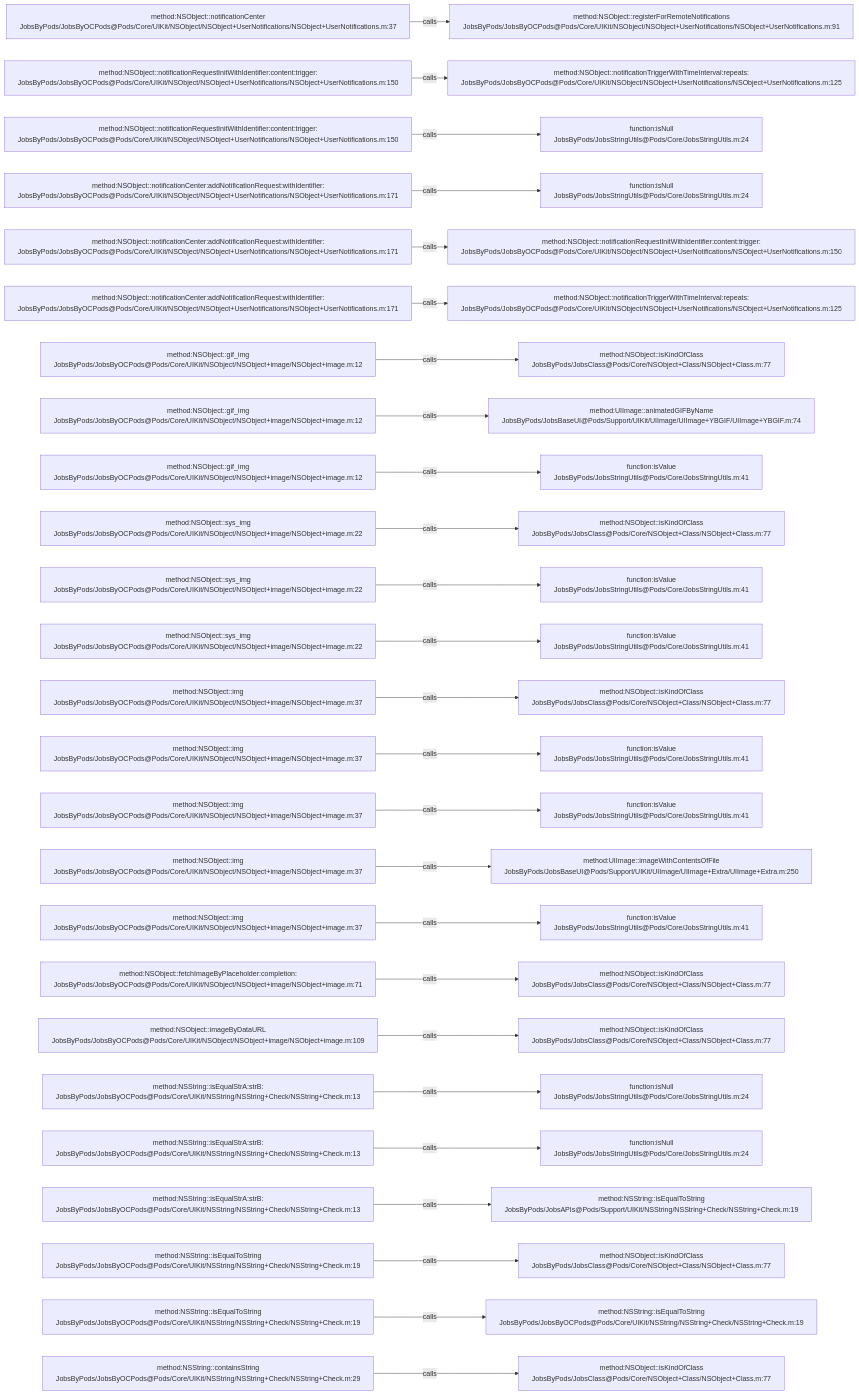
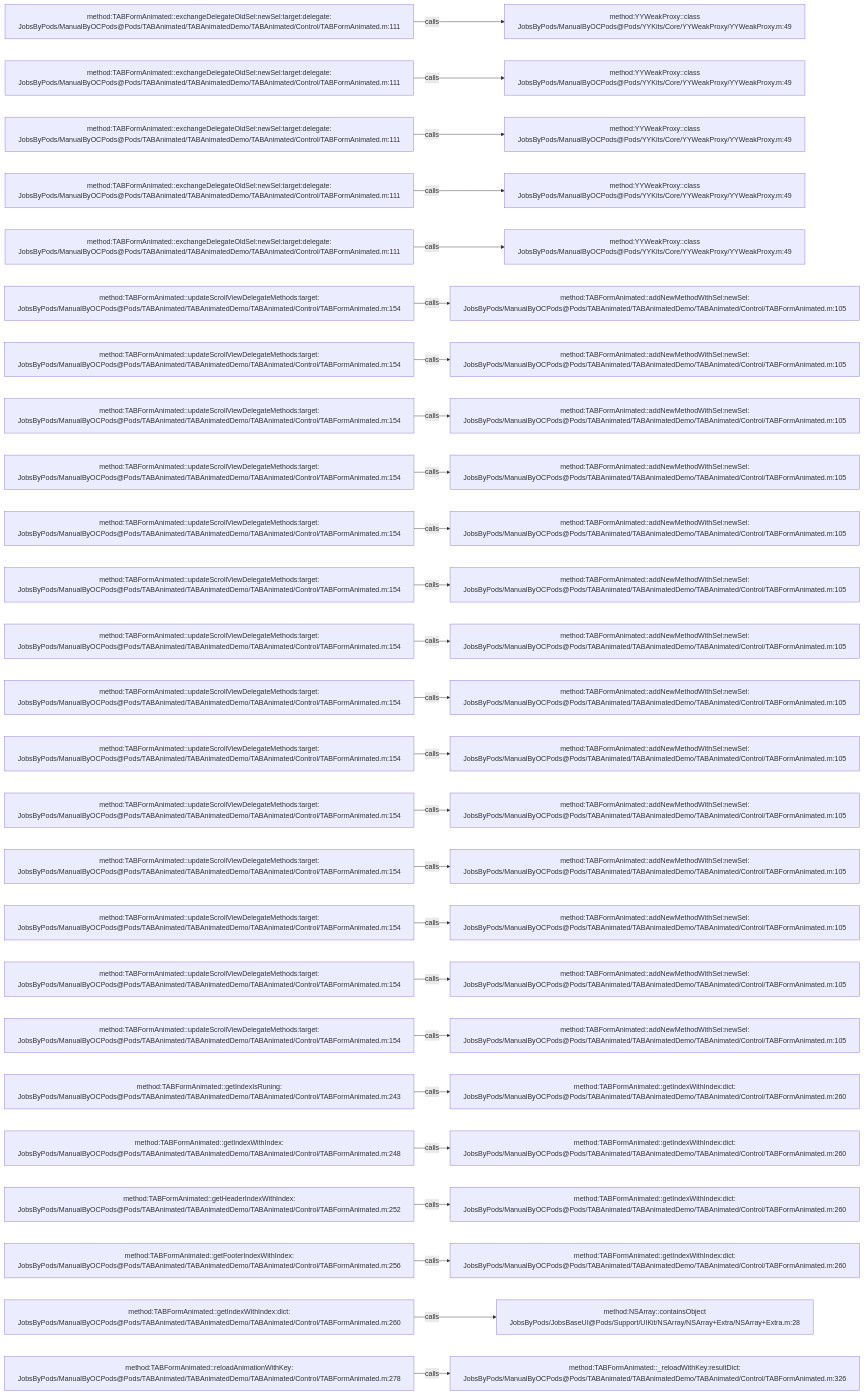
One commit to JobsKits/JobsOCBaseConfigDemo changed the diagram in .codegraph/codegraph.md/graphs/calls-032.md. Above: the diagram before and after it, drawn with Mermaid. The commit also changed 2162 other files, not shown here.

````diff
--- a/.codegraph/codegraph.md/graphs/calls-032.md
+++ b/.codegraph/codegraph.md/graphs/calls-032.md
@@ -13,78 +13,78 @@
 ```mermaid
 flowchart LR
-  S1["method:NSObject::notificationCenter<br/>JobsByPods/JobsByOCPods@Pods/Core/UIKit/NSObject/NSObject+UserNotifications/NSObject+UserNotifications.m:37"]
-  T1["method:NSObject::registerForRemoteNotifications<br/>JobsByPods/JobsByOCPods@Pods/Core/UIKit/NSObject/NSObject+UserNotifications/NSObject+UserNotifications.m:91"]
+  S1["method:TABFormAnimated::exchangeDelegateOldSel:newSel:target:delegate:<br/>JobsByPods/ManualByOCPods@Pods/TABAnimated/TABAnimatedDemo/TABAnimated/Control/TABFormAnimated.m:111"]
+  T1["method:YYWeakProxy::class<br/>JobsByPods/ManualByOCPods@Pods/YYKits/Core/YYWeakProxy/YYWeakProxy.m:49"]
   S1 -->|calls| T1
-  S2["method:NSObject::notificationRequestInitWithIdentifier:content:trigger:<br/>JobsByPods/JobsByOCPods@Pods/Core/UIKit/NSObject/NSObject+UserNotifications/NSObject+UserNotifications.m:150"]
-  T2["method:NSObject::notificationTriggerWithTimeInterval:repeats:<br/>JobsByPods/JobsByOCPods@Pods/Core/UIKit/NSObject/NSObject+UserNotifications/NSObject+UserNotifications.m:125"]
+  S2["method:TABFormAnimated::exchangeDelegateOldSel:newSel:target:delegate:<br/>JobsByPods/ManualByOCPods@Pods/TABAnimated/TABAnimatedDemo/TABAnimated/Control/TABFormAnimated.m:111"]
+  T2["method:YYWeakProxy::class<br/>JobsByPods/ManualByOCPods@Pods/YYKits/Core/YYWeakProxy/YYWeakProxy.m:49"]
   S2 -->|calls| T2
-  S3["method:NSObject::notificationRequestInitWithIdentifier:content:trigger:<br/>JobsByPods/JobsByOCPods@Pods/Core/UIKit/NSObject/NSObject+UserNotifications/NSObject+UserNotifications.m:150"]
-  T3["function:isNull<br/>JobsByPods/JobsStringUtils@Pods/Core/JobsStringUtils.m:24"]
+  S3["method:TABFormAnimated::exchangeDelegateOldSel:newSel:target:delegate:<br/>JobsByPods/ManualByOCPods@Pods/TABAnimated/TABAnimatedDemo/TABAnimated/Control/TABFormAnimated.m:111"]
+  T3["method:YYWeakProxy::class<br/>JobsByPods/ManualByOCPods@Pods/YYKits/Core/YYWeakProxy/YYWeakProxy.m:49"]
   S3 -->|calls| T3
-  S4["method:NSObject::notificationCenter:addNotificationRequest:withIdentifier:<br/>JobsByPods/JobsByOCPods@Pods/Core/UIKit/NSObject/NSObject+UserNotifications/NSObject+UserNotifications.m:171"]
-  T4["function:isNull<br/>JobsByPods/JobsStringUtils@Pods/Core/JobsStringUtils.m:24"]
+  S4["method:TABFormAnimated::exchangeDelegateOldSel:newSel:target:delegate:<br/>JobsByPods/ManualByOCPods@Pods/TABAnimated/TABAnimatedDemo/TABAnimated/Control/TABFormAnimated.m:111"]
+  T4["method:YYWeakProxy::class<br/>JobsByPods/ManualByOCPods@Pods/YYKits/Core/YYWeakProxy/YYWeakProxy.m:49"]
   S4 -->|calls| T4
-  S5["method:NSObject::notificationCenter:addNotificationRequest:withIdentifier:<br/>JobsByPods/JobsByOCPods@Pods/Core/UIKit/NSObject/NSObject+UserNotifications/NSObject+UserNotifications.m:171"]
-  T5["method:NSObject::notificationRequestInitWithIdentifier:content:trigger:<br/>JobsByPods/JobsByOCPods@Pods/Core/UIKit/NSObject/NSObject+UserNotifications/NSObject+UserNotifications.m:150"]
+  S5["method:TABFormAnimated::exchangeDelegateOldSel:newSel:target:delegate:<br/>JobsByPods/ManualByOCPods@Pods/TABAnimated/TABAnimatedDemo/TABAnimated/Control/TABFormAnimated.m:111"]
+  T5["method:YYWeakProxy::class<br/>JobsByPods/ManualByOCPods@Pods/YYKits/Core/YYWeakProxy/YYWeakProxy.m:49"]
   S5 -->|calls| T5
-  S6["method:NSObject::notificationCenter:addNotificationRequest:withIdentifier:<br/>JobsByPods/JobsByOCPods@Pods/Core/UIKit/NSObject/NSObject+UserNotifications/NSObject+UserNotifications.m:171"]
-  T6["method:NSObject::notificationTriggerWithTimeInterval:repeats:<br/>JobsByPods/JobsByOCPods@Pods/Core/UIKit/NSObject/NSObject+UserNotifications/NSObject+UserNotifications.m:125"]
+  S6["method:TABFormAnimated::updateScrollViewDelegateMethods:target:<br/>JobsByPods/ManualByOCPods@Pods/TABAnimated/TABAnimatedDemo/TABAnimated/Control/TABFormAnimated.m:154"]
+  T6["method:TABFormAnimated::addNewMethodWithSel:newSel:<br/>JobsByPods/ManualByOCPods@Pods/TABAnimated/TABAnimatedDemo/TABAnimated/Control/TABFormAnimated.m:105"]
   S6 -->|calls| T6
-  S7["method:NSObject::gif_img<br/>JobsByPods/JobsByOCPods@Pods/Core/UIKit/NSObject/NSObject+image/NSObject+image.m:12"]
-  T7["method:NSObject::isKindOfClass<br/>JobsByPods/JobsClass@Pods/Core/NSObject+Class/NSObject+Class.m:77"]
+  S7["method:TABFormAnimated::updateScrollViewDelegateMethods:target:<br/>JobsByPods/ManualByOCPods@Pods/TABAnimated/TABAnimatedDemo/TABAnimated/Control/TABFormAnimated.m:154"]
+  T7["method:TABFormAnimated::addNewMethodWithSel:newSel:<br/>JobsByPods/ManualByOCPods@Pods/TABAnimated/TABAnimatedDemo/TABAnimated/Control/TABFormAnimated.m:105"]
   S7 -->|calls| T7
-  S8["method:NSObject::gif_img<br/>JobsByPods/JobsByOCPods@Pods/Core/UIKit/NSObject/NSObject+image/NSObject+image.m:12"]
-  T8["method:UIImage::animatedGIFByName<br/>JobsByPods/JobsBaseUI@Pods/Support/UIKit/UIImage/UIImage+YBGIF/UIImage+YBGIF.m:74"]
+  S8["method:TABFormAnimated::updateScrollViewDelegateMethods:target:<br/>JobsByPods/ManualByOCPods@Pods/TABAnimated/TABAnimatedDemo/TABAnimated/Control/TABFormAnimated.m:154"]
+  T8["method:TABFormAnimated::addNewMethodWithSel:newSel:<br/>JobsByPods/ManualByOCPods@Pods/TABAnimated/TABAnimatedDemo/TABAnimated/Control/TABFormAnimated.m:105"]
   S8 -->|calls| T8
-  S9["method:NSObject::gif_img<br/>JobsByPods/JobsByOCPods@Pods/Core/UIKit/NSObject/NSObject+image/NSObject+image.m:12"]
-  T9["function:isValue<br/>JobsByPods/JobsStringUtils@Pods/Core/JobsStringUtils.m:41"]
+  S9["method:TABFormAnimated::updateScrollViewDelegateMethods:target:<br/>JobsByPods/ManualByOCPods@Pods/TABAnimated/TABAnimatedDemo/TABAnimated/Control/TABFormAnimated.m:154"]
+  T9["method:TABFormAnimated::addNewMethodWithSel:newSel:<br/>JobsByPods/ManualByOCPods@Pods/TABAnimated/TABAnimatedDemo/TABAnimated/Control/TABFormAnimated.m:105"]
   S9 -->|calls| T9
-  S10["method:NSObject::sys_img<br/>JobsByPods/JobsByOCPods@Pods/Core/UIKit/NSObject/NSObject+image/NSObject+image.m:22"]
-  T10["method:NSObject::isKindOfClass<br/>JobsByPods/JobsClass@Pods/Core/NSObject+Class/NSObject+Class.m:77"]
+  S10["method:TABFormAnimated::updateScrollViewDelegateMethods:target:<br/>JobsByPods/ManualByOCPods@Pods/TABAnimated/TABAnimatedDemo/TABAnimated/Control/TABFormAnimated.m:154"]
+  T10["method:TABFormAnimated::addNewMethodWithSel:newSel:<br/>JobsByPods/ManualByOCPods@Pods/TABAnimated/TABAnimatedDemo/TABAnimated/Control/TABFormAnimated.m:105"]
   S10 -->|calls| T10
-  S11["method:NSObject::sys_img<br/>JobsByPods/JobsByOCPods@Pods/Core/UIKit/NSObject/NSObject+image/NSObject+image.m:22"]
-  T11["function:isValue<br/>JobsByPods/JobsStringUtils@Pods/Core/JobsStringUtils.m:41"]
+  S11["method:TABFormAnimated::updateScrollViewDelegateMethods:target:<br/>JobsByPods/ManualByOCPods@Pods/TABAnimated/TABAnimatedDemo/TABAnimated/Control/TABFormAnimated.m:154"]
+  T11["method:TABFormAnimated::addNewMethodWithSel:newSel:<br/>JobsByPods/ManualByOCPods@Pods/TABAnimated/TABAnimatedDemo/TABAnimated/Control/TABFormAnimated.m:105"]
   S11 -->|calls| T11
-  S12["method:NSObject::sys_img<br/>JobsByPods/JobsByOCPods@Pods/Core/UIKit/NSObject/NSObject+image/NSObject+image.m:22"]
-  T12["function:isValue<br/>JobsByPods/JobsStringUtils@Pods/Core/JobsStringUtils.m:41"]
+  S12["method:TABFormAnimated::updateScrollViewDelegateMethods:target:<br/>JobsByPods/ManualByOCPods@Pods/TABAnimated/TABAnimatedDemo/TABAnimated/Control/TABFormAnimated.m:154"]
+  T12["method:TABFormAnimated::addNewMethodWithSel:newSel:<br/>JobsByPods/ManualByOCPods@Pods/TABAnimated/TABAnimatedDemo/TABAnimated/Control/TABFormAnimated.m:105"]
   S12 -->|calls| T12
-  S13["method:NSObject::img<br/>JobsByPods/JobsByOCPods@Pods/Core/UIKit/NSObject/NSObject+image/NSObject+image.m:37"]
-  T13["method:NSObject::isKindOfClass<br/>JobsByPods/JobsClass@Pods/Core/NSObject+Class/NSObject+Class.m:77"]
+  S13["method:TABFormAnimated::updateScrollViewDelegateMethods:target:<br/>JobsByPods/ManualByOCPods@Pods/TABAnimated/TABAnimatedDemo/TABAnimated/Control/TABFormAnimated.m:154"]
+  T13["method:TABFormAnimated::addNewMethodWithSel:newSel:<br/>JobsByPods/ManualByOCPods@Pods/TABAnimated/TABAnimatedDemo/TABAnimated/Control/TABFormAnimated.m:105"]
   S13 -->|calls| T13
-  S14["method:NSObject::img<br/>JobsByPods/JobsByOCPods@Pods/Core/UIKit/NSObject/NSObject+image/NSObject+image.m:37"]
-  T14["function:isValue<br/>JobsByPods/JobsStringUtils@Pods/Core/JobsStringUtils.m:41"]
+  S14["method:TABFormAnimated::updateScrollViewDelegateMethods:target:<br/>JobsByPods/ManualByOCPods@Pods/TABAnimated/TABAnimatedDemo/TABAnimated/Control/TABFormAnimated.m:154"]
+  T14["method:TABFormAnimated::addNewMethodWithSel:newSel:<br/>JobsByPods/ManualByOCPods@Pods/TABAnimated/TABAnimatedDemo/TABAnimated/Control/TABFormAnimated.m:105"]
   S14 -->|calls| T14
-  S15["method:NSObject::img<br/>JobsByPods/JobsByOCPods@Pods/Core/UIKit/NSObject/NSObject+image/NSObject+image.m:37"]
-  T15["function:isValue<br/>JobsByPods/JobsStringUtils@Pods/Core/JobsStringUtils.m:41"]
+  S15["method:TABFormAnimated::updateScrollViewDelegateMethods:target:<br/>JobsByPods/ManualByOCPods@Pods/TABAnimated/TABAnimatedDemo/TABAnimated/Control/TABFormAnimated.m:154"]
+  T15["method:TABFormAnimated::addNewMethodWithSel:newSel:<br/>JobsByPods/ManualByOCPods@Pods/TABAnimated/TABAnimatedDemo/TABAnimated/Control/TABFormAnimated.m:105"]
   S15 -->|calls| T15
-  S16["method:NSObject::img<br/>JobsByPods/JobsByOCPods@Pods/Core/UIKit/NSObject/NSObject+image/NSObject+image.m:37"]
-  T16["method:UIImage::imageWithContentsOfFile<br/>JobsByPods/JobsBaseUI@Pods/Support/UIKit/UIImage/UIImage+Extra/UIImage+Extra.m:250"]
+  S16["method:TABFormAnimated::updateScrollViewDelegateMethods:target:<br/>JobsByPods/ManualByOCPods@Pods/TABAnimated/TABAnimatedDemo/TABAnimated/Control/TABFormAnimated.m:154"]
+  T16["method:TABFormAnimated::addNewMethodWithSel:newSel:<br/>JobsByPods/ManualByOCPods@Pods/TABAnimated/TABAnimatedDemo/TABAnimated/Control/TABFormAnimated.m:105"]
   S16 -->|calls| T16
-  S17["method:NSObject::img<br/>JobsByPods/JobsByOCPods@Pods/Core/UIKit/NSObject/NSObject+image/NSObject+image.m:37"]
-  T17["function:isValue<br/>JobsByPods/JobsStringUtils@Pods/Core/JobsStringUtils.m:41"]
+  S17["method:TABFormAnimated::updateScrollViewDelegateMethods:target:<br/>JobsByPods/ManualByOCPods@Pods/TABAnimated/TABAnimatedDemo/TABAnimated/Control/TABFormAnimated.m:154"]
+  T17["method:TABFormAnimated::addNewMethodWithSel:newSel:<br/>JobsByPods/ManualByOCPods@Pods/TABAnimated/TABAnimatedDemo/TABAnimated/Control/TABFormAnimated.m:105"]
   S17 -->|calls| T17
-  S18["method:NSObject::fetchImageByPlaceholder:completion:<br/>JobsByPods/JobsByOCPods@Pods/Core/UIKit/NSObject/NSObject+image/NSObject+image.m:71"]
-  T18["method:NSObject::isKindOfClass<br/>JobsByPods/JobsClass@Pods/Core/NSObject+Class/NSObject+Class.m:77"]
+  S18["method:TABFormAnimated::updateScrollViewDelegateMethods:target:<br/>JobsByPods/ManualByOCPods@Pods/TABAnimated/TABAnimatedDemo/TABAnimated/Control/TABFormAnimated.m:154"]
+  T18["method:TABFormAnimated::addNewMethodWithSel:newSel:<br/>JobsByPods/ManualByOCPods@Pods/TABAnimated/TABAnimatedDemo/TABAnimated/Control/TABFormAnimated.m:105"]
   S18 -->|calls| T18
-  S19["method:NSObject::imageByDataURL<br/>JobsByPods/JobsByOCPods@Pods/Core/UIKit/NSObject/NSObject+image/NSObject+image.m:109"]
-  T19["method:NSObject::isKindOfClass<br/>JobsByPods/JobsClass@Pods/Core/NSObject+Class/NSObject+Class.m:77"]
+  S19["method:TABFormAnimated::updateScrollViewDelegateMethods:target:<br/>JobsByPods/ManualByOCPods@Pods/TABAnimated/TABAnimatedDemo/TABAnimated/Control/TABFormAnimated.m:154"]
+  T19["method:TABFormAnimated::addNewMethodWithSel:newSel:<br/>JobsByPods/ManualByOCPods@Pods/TABAnimated/TABAnimatedDemo/TABAnimated/Control/TABFormAnimated.m:105"]
   S19 -->|calls| T19
-  S20["method:NSString::isEqualStrA:strB:<br/>JobsByPods/JobsByOCPods@Pods/Core/UIKit/NSString/NSString+Check/NSString+Check.m:13"]
-  T20["function:isNull<br/>JobsByPods/JobsStringUtils@Pods/Core/JobsStringUtils.m:24"]
+  S20["method:TABFormAnimated::getIndexIsRuning:<br/>JobsByPods/ManualByOCPods@Pods/TABAnimated/TABAnimatedDemo/TABAnimated/Control/TABFormAnimated.m:243"]
+  T20["method:TABFormAnimated::getIndexWithIndex:dict:<br/>JobsByPods/ManualByOCPods@Pods/TABAnimated/TABAnimatedDemo/TABAnimated/Control/TABFormAnimated.m:260"]
   S20 -->|calls| T20
-  S21["method:NSString::isEqualStrA:strB:<br/>JobsByPods/JobsByOCPods@Pods/Core/UIKit/NSString/NSString+Check/NSString+Check.m:13"]
-  T21["function:isNull<br/>JobsByPods/JobsStringUtils@Pods/Core/JobsStringUtils.m:24"]
+  S21["method:TABFormAnimated::getIndexWithIndex:<br/>JobsByPods/ManualByOCPods@Pods/TABAnimated/TABAnimatedDemo/TABAnimated/Control/TABFormAnimated.m:248"]
+  T21["method:TABFormAnimated::getIndexWithIndex:dict:<br/>JobsByPods/ManualByOCPods@Pods/TABAnimated/TABAnimatedDemo/TABAnimated/Control/TABFormAnimated.m:260"]
   S21 -->|calls| T21
-  S22["method:NSString::isEqualStrA:strB:<br/>JobsByPods/JobsByOCPods@Pods/Core/UIKit/NSString/NSString+Check/NSString+Check.m:13"]
-  T22["method:NSString::isEqualToString<br/>JobsByPods/JobsAPIs@Pods/Support/UIKit/NSString/NSString+Check/NSString+Check.m:19"]
+  S22["method:TABFormAnimated::getHeaderIndexWithIndex:<br/>JobsByPods/ManualByOCPods@Pods/TABAnimated/TABAnimatedDemo/TABAnimated/Control/TABFormAnimated.m:252"]
+  T22["method:TABFormAnimated::getIndexWithIndex:dict:<br/>JobsByPods/ManualByOCPods@Pods/TABAnimated/TABAnimatedDemo/TABAnimated/Control/TABFormAnimated.m:260"]
   S22 -->|calls| T22
-  S23["method:NSString::isEqualToString<br/>JobsByPods/JobsByOCPods@Pods/Core/UIKit/NSString/NSString+Check/NSString+Check.m:19"]
-  T23["method:NSObject::isKindOfClass<br/>JobsByPods/JobsClass@Pods/Core/NSObject+Class/NSObject+Class.m:77"]
+  S23["method:TABFormAnimated::getFooterIndexWithIndex:<br/>JobsByPods/ManualByOCPods@Pods/TABAnimated/TABAnimatedDemo/TABAnimated/Control/TABFormAnimated.m:256"]
+  T23["method:TABFormAnimated::getIndexWithIndex:dict:<br/>JobsByPods/ManualByOCPods@Pods/TABAnimated/TABAnimatedDemo/TABAnimated/Control/TABFormAnimated.m:260"]
   S23 -->|calls| T23
-  S24["method:NSString::isEqualToString<br/>JobsByPods/JobsByOCPods@Pods/Core/UIKit/NSString/NSString+Check/NSString+Check.m:19"]
-  T24["method:NSString::isEqualToString<br/>JobsByPods/JobsByOCPods@Pods/Core/UIKit/NSString/NSString+Check/NSString+Check.m:19"]
+  S24["method:TABFormAnimated::getIndexWithIndex:dict:<br/>JobsByPods/ManualByOCPods@Pods/TABAnimated/TABAnimatedDemo/TABAnimated/Control/TABFormAnimated.m:260"]
+  T24["method:NSArray::containsObject<br/>JobsByPods/JobsBaseUI@Pods/Support/UIKit/NSArray/NSArray+Extra/NSArray+Extra.m:28"]
   S24 -->|calls| T24
-  S25["method:NSString::containsString<br/>JobsByPods/JobsByOCPods@Pods/Core/UIKit/NSString/NSString+Check/NSString+Check.m:29"]
-  T25["method:NSObject::isKindOfClass<br/>JobsByPods/JobsClass@Pods/Core/NSObject+Class/NSObject+Class.m:77"]
+  S25["method:TABFormAnimated::reloadAnimationWithKey:<br/>JobsByPods/ManualByOCPods@Pods/TABAnimated/TABAnimatedDemo/TABAnimated/Control/TABFormAnimated.m:278"]
+  T25["method:TABFormAnimated::_reloadWithKey:resultDict:<br/>JobsByPods/ManualByOCPods@Pods/TABAnimated/TABAnimatedDemo/TABAnimated/Control/TABFormAnimated.m:326"]
   S25 -->|calls| T25
 ```
````
